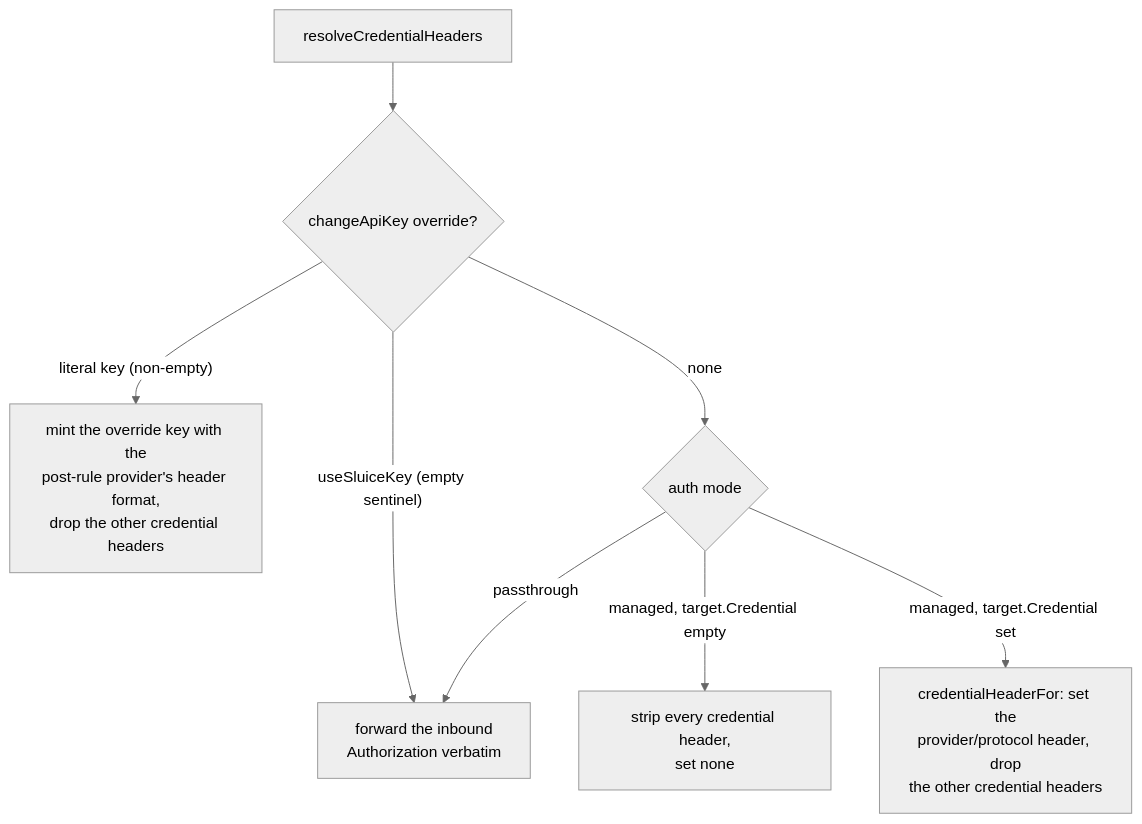
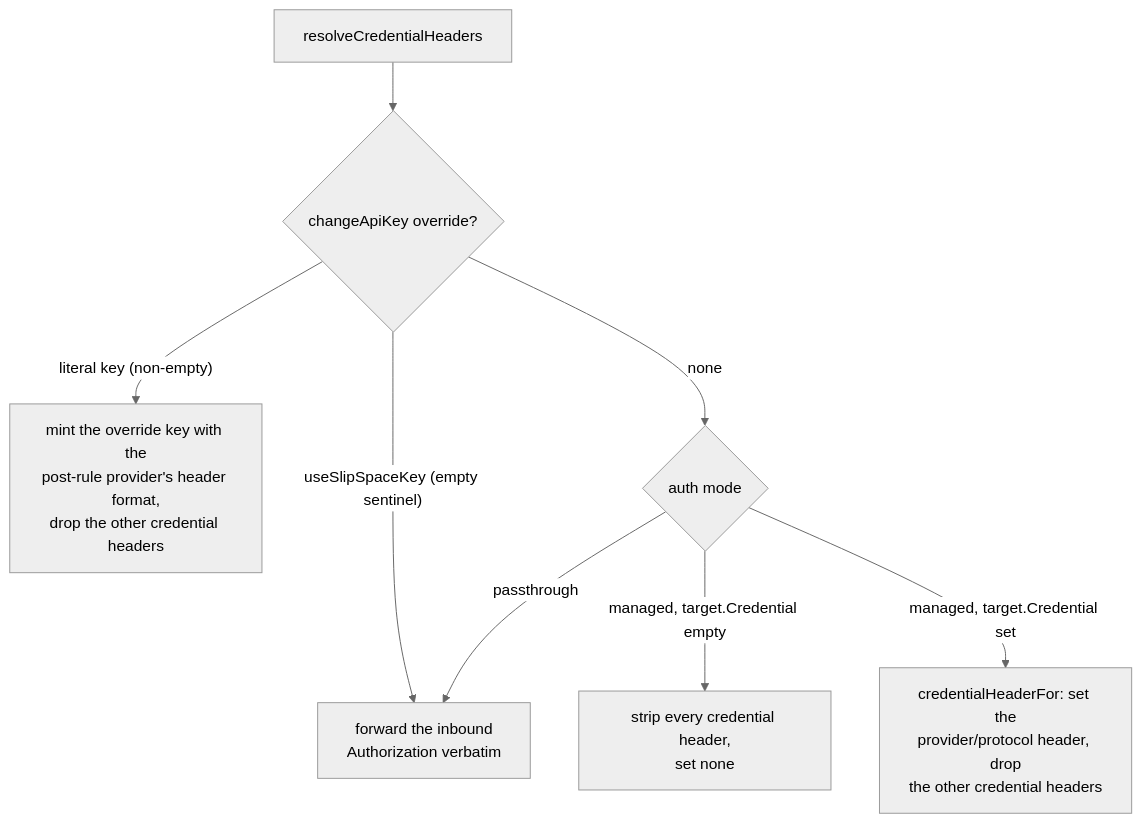
Before and after one commit to andyjmorgan/slipspace-gateway: the second of 3 diagrams in docs/actions.md, drawn with Mermaid (neutral theme). The commit also changed other lines of this file and 212 other files, not shown here.

````diff
--- a/docs/actions.md
+++ b/docs/actions.md
@@ -367,10 +367,10 @@
 ```mermaid
 flowchart TB
     Start[resolveCredentialHeaders] --> Ovr{changeApiKey override?}
     Ovr -- "literal key (non-empty)" --> Lit[mint the override key with the<br/>post-rule provider's header format,<br/>drop the other credential headers]
-    Ovr -- "useSluiceKey (empty sentinel)" --> Fwd[forward the inbound<br/>Authorization verbatim]
+    Ovr -- "useSlipSpaceKey (empty sentinel)" --> Fwd[forward the inbound<br/>Authorization verbatim]
     Ovr -- none --> Mode{auth mode}
     Mode -- passthrough --> Fwd
     Mode -- "managed, target.Credential empty" --> Strip[strip every credential header,<br/>set none]
     Mode -- "managed, target.Credential set" --> Set[credentialHeaderFor: set the<br/>provider/protocol header, drop<br/>the other credential headers]
 ```
````
